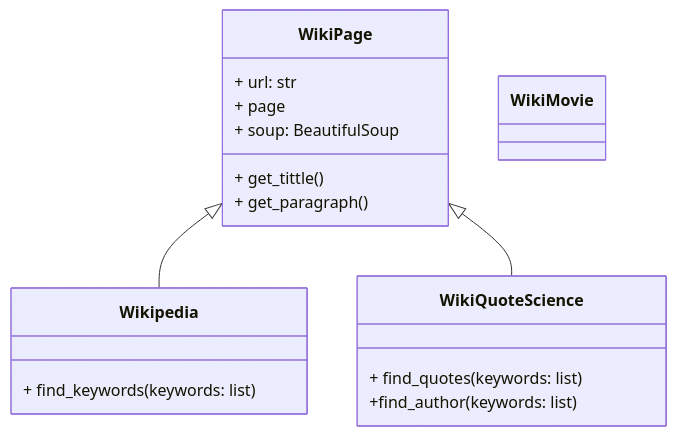
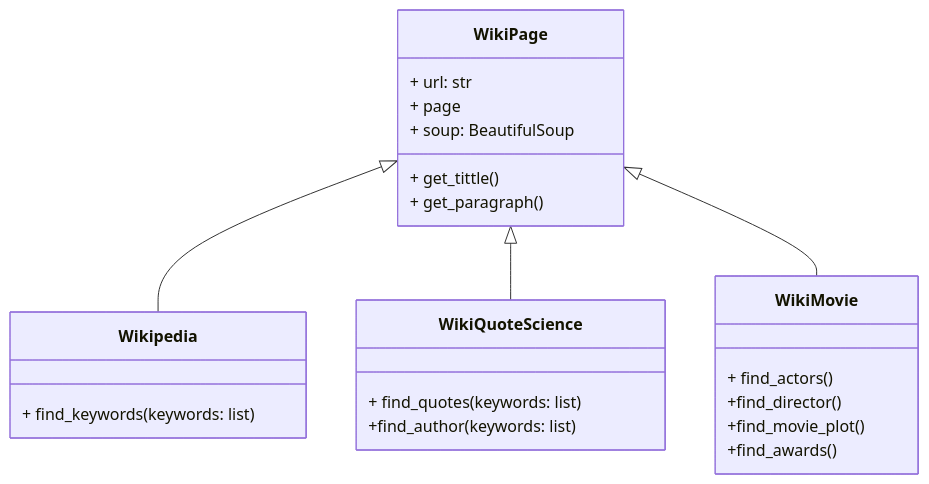
One commit to Dilanpc/MarketMiner changed the third of 3 diagrams in README.md. Above: the diagram before and after it, drawn with Mermaid.

Commit message:
Actualización Diagramas C README.md

````diff
--- a/README.md
+++ b/README.md
@@ -190,30 +190,39 @@
 ```mermaid
 
 classDiagram
    WikiPage <|-- Wikipedia
    WikiPage <|-- WikiQuoteScience
+   WikiPage <|-- WikiMovie
     
    
 
    class WikiPage{
         + url: str
         + page
         + soup: BeautifulSoup
 + get_tittle()
 + get_paragraph()
     }
 
     class Wikipedia{
         + find_keywords(keywords: list)
     }
 
     class WikiQuoteScience{
         + find_quotes(keywords: list)
 +find_author(keywords: list)
 
     }
 
-   class WikiMovie
+   class WikiMovie{
+
+
+        + find_actors()
++find_director()
++find_movie_plot()
++find_awards()
+
+    }
     
 
 ```
````
